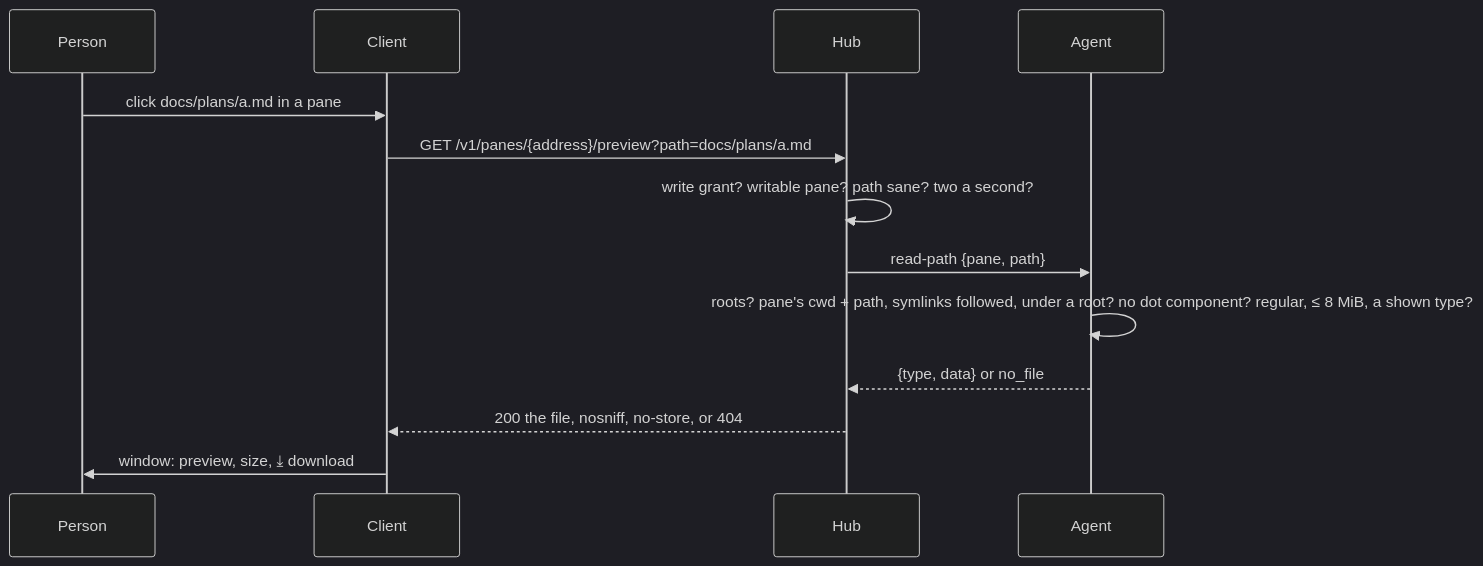
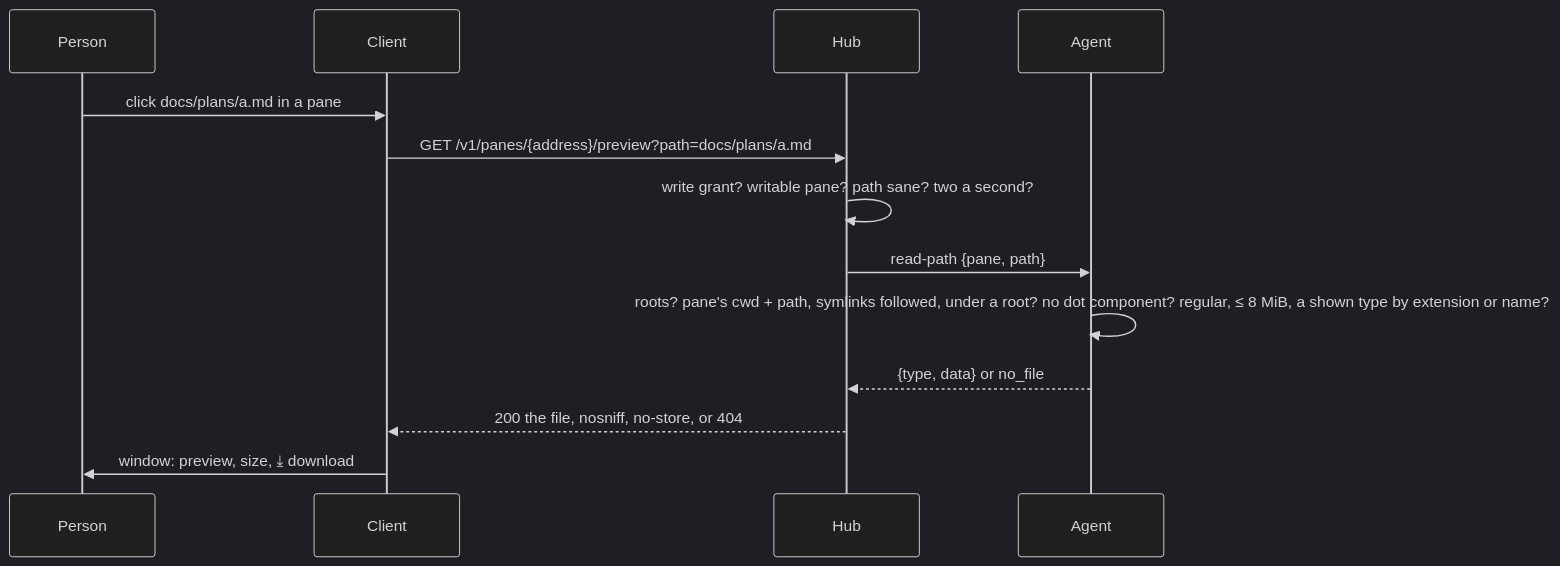
Before and after one commit to notmarkopadjen/muxway: the diagram in docs/features/preview.md, drawn with Mermaid (dark theme). The commit also changed other lines of this file and 33 other files, not shown here.

````diff
--- a/docs/features/preview.md
+++ b/docs/features/preview.md
@@ -53,15 +66,15 @@
 ```mermaid
 sequenceDiagram
     participant P as Person
     participant C as Client
     participant H as Hub
     participant A as Agent
     P->>C: click docs/plans/a.md in a pane
     C->>H: GET /v1/panes/{address}/preview?path=docs/plans/a.md
     H->>H: write grant? writable pane? path sane? two a second?
     H->>A: read-path {pane, path}
-    A->>A: roots? pane's cwd + path, symlinks followed, under a root? no dot component? regular, ≤ 8 MiB, a shown type?
+    A->>A: roots? pane's cwd + path, symlinks followed, under a root? no dot component? regular, ≤ 8 MiB, a shown type by extension or name?
     A-->>H: {type, data} or no_file
     H-->>C: 200 the file, nosniff, no-store, or 404
     C->>P: window: preview, size, ⤓ download
 ```
````
